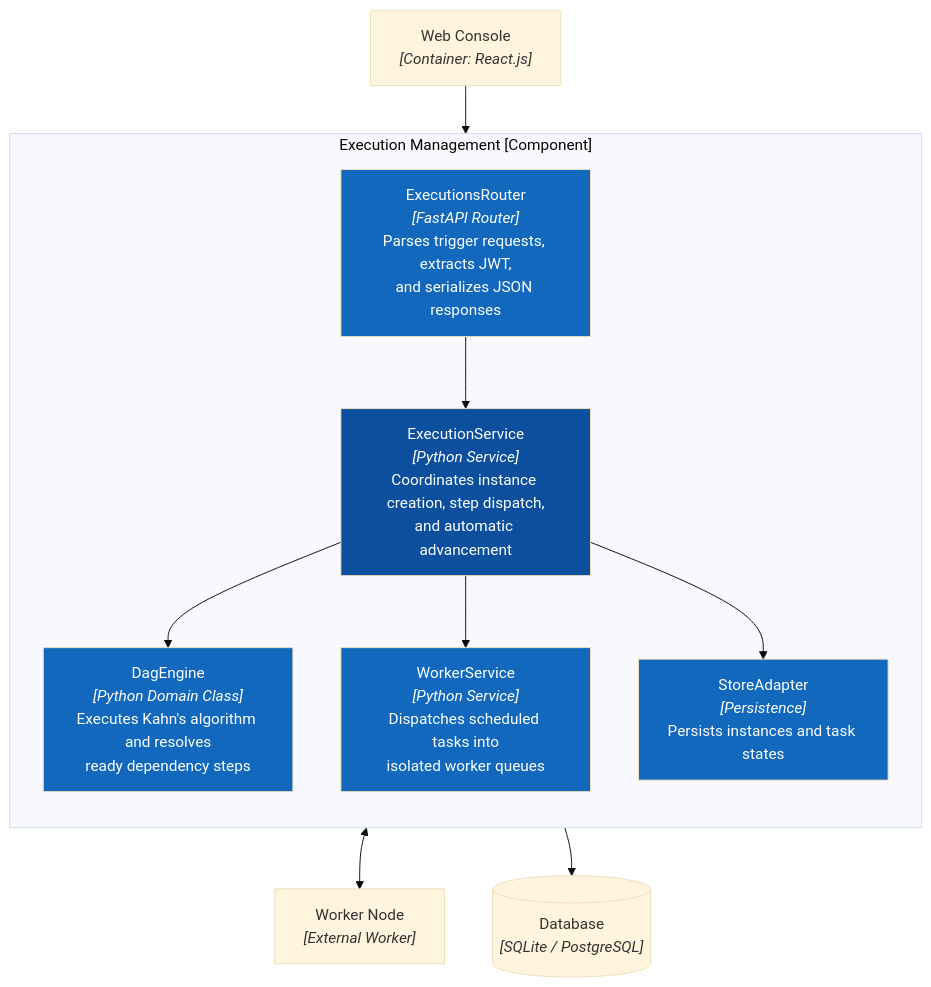
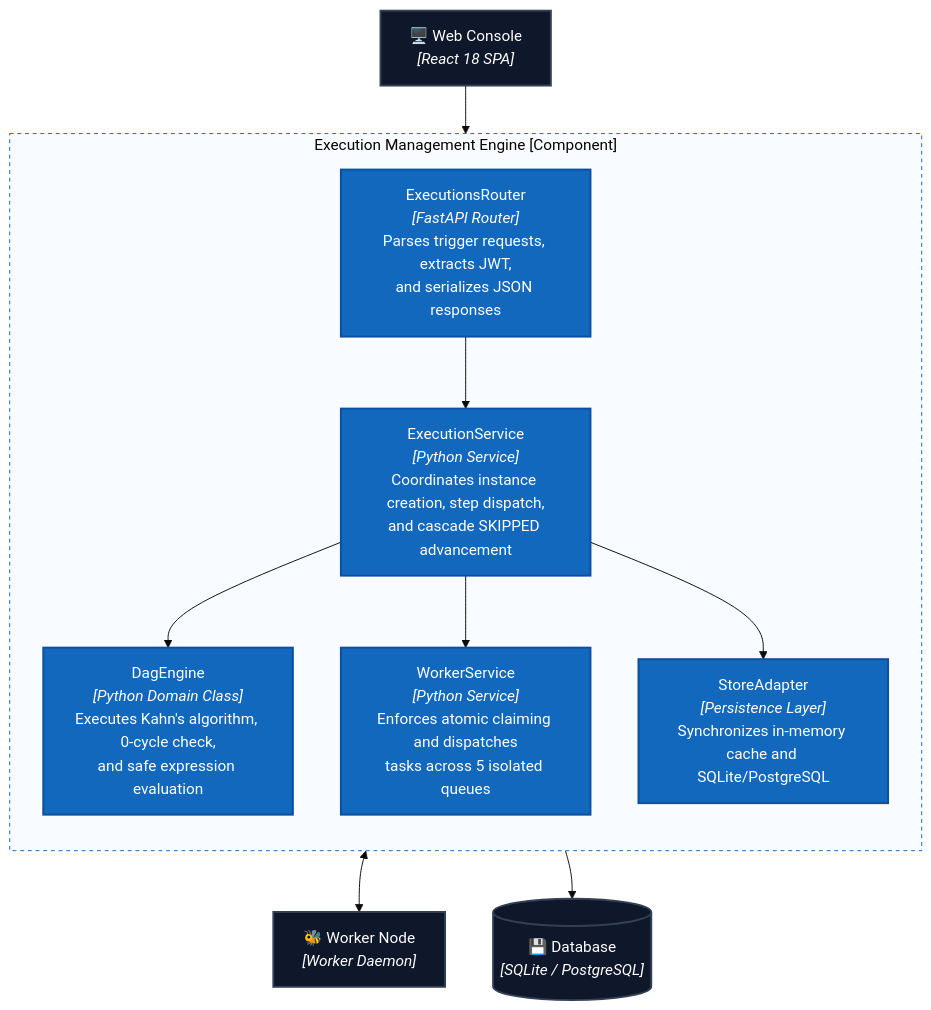
Before and after one commit to AnCoder1310/FlowForge: the sixth of 11 diagrams in README.md, drawn with Mermaid (base theme). The commit also changed other lines of this file and 88 other files, not shown here.

````diff
--- a/README.md
+++ b/README.md
@@ -455,30 +608,30 @@
 ```mermaid
 flowchart TB
-    subgraph execution["Execution Management [Component]"]
+    subgraph executionEngine["Execution Management Engine [Component]"]
         direction TB
         handler["ExecutionsRouter<br/><i>[FastAPI Router]</i><br/>Parses trigger requests, extracts JWT,<br/>and serializes JSON responses"]
-        service["ExecutionService<br/><i>[Python Service]</i><br/>Coordinates instance creation, step dispatch,<br/>and automatic advancement"]
-        engine["DagEngine<br/><i>[Python Domain Class]</i><br/>Executes Kahn's algorithm and resolves<br/>ready dependency steps"]
-        queue["WorkerService<br/><i>[Python Service]</i><br/>Dispatches scheduled tasks into<br/>isolated worker queues"]
-        store["StoreAdapter<br/><i>[Persistence]</i><br/>Persists instances and task states"]
+        service["ExecutionService<br/><i>[Python Service]</i><br/>Coordinates instance creation, step dispatch,<br/>and cascade SKIPPED advancement"]
+        engine["DagEngine<br/><i>[Python Domain Class]</i><br/>Executes Kahn's algorithm, 0-cycle check,<br/>and safe expression evaluation"]
+        queue["WorkerService<br/><i>[Python Service]</i><br/>Enforces atomic claiming and dispatches<br/>tasks across 5 isolated queues"]
+        store["StoreAdapter<br/><i>[Persistence Layer]</i><br/>Synchronizes in-memory cache and SQLite/PostgreSQL"]
 
         handler --> service
         service --> engine
         service --> queue
         service --> store
     end
 
-    web["Web Console<br/><i>[Container: React.js]</i>"]
-    worker["Worker Node<br/><i>[External Worker]</i>"]
-    db[("Database<br/><i>[SQLite / PostgreSQL]</i>")]
+    web["🖥️ Web Console<br/><i>[React 18 SPA]</i>"]
+    worker["🐝 Worker Node<br/><i>[Worker Daemon]</i>"]
+    db[("💾 Database<br/><i>[SQLite / PostgreSQL]</i>")]
 
     web --> handler
     queue <--> worker
     store --> db
 
-    style handler fill:#1168bd,color:#fff
-    style service fill:#0b4f9e,color:#fff
-    style engine fill:#1168bd,color:#fff
-    style queue fill:#1168bd,color:#fff
-    style store fill:#1168bd,color:#fff
+    classDef comp fill:#1168bd,color:#fff,stroke:#0b4f9e,stroke-width:2px;
+    classDef ext fill:#0f172a,color:#fff,stroke:#334155,stroke-width:2px;
+    class handler,service,engine,queue,store comp
+    class web,worker,db ext
+    style executionEngine fill:#f8fbff,stroke:#1168bd,stroke-dasharray:4 4
 ```
````
